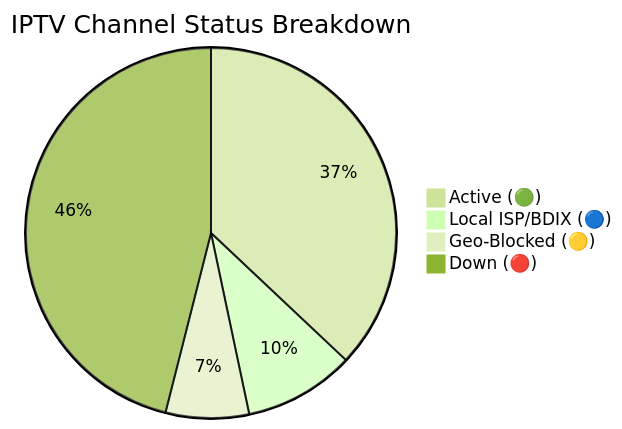
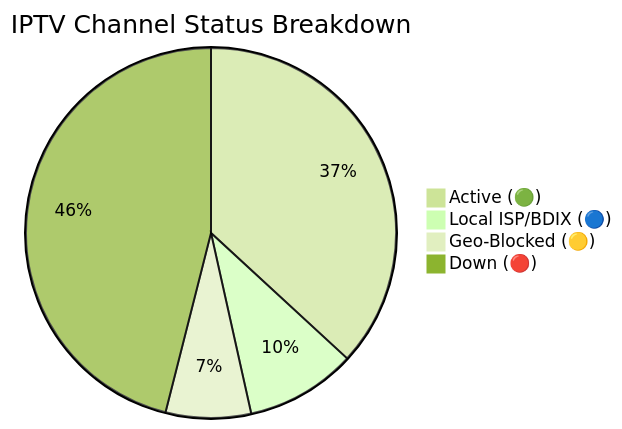
Before and after one commit to andreataylord/Ip-tv-Collection: the diagram in README.md, drawn with Mermaid (forest theme). The commit also changed other lines of this file and 1 other file, not shown here.

Commit message:
docs(readme): auto-update daily channel status chart

````diff
--- a/README.md
+++ b/README.md
@@ -59,7 +59,7 @@
 ```mermaid
 pie title IPTV Channel Status Breakdown
-    "Active (🟢)" : 2940
+    "Active (🟢)" : 2926
     "Local ISP/BDIX (🔵)" : 767
-    "Geo-Blocked (🟡)" : 577
+    "Geo-Blocked (🟡)" : 591
     "Down (🔴)" : 3656
 ```
````
